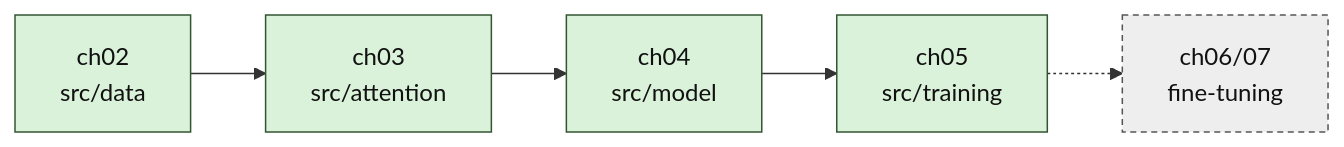
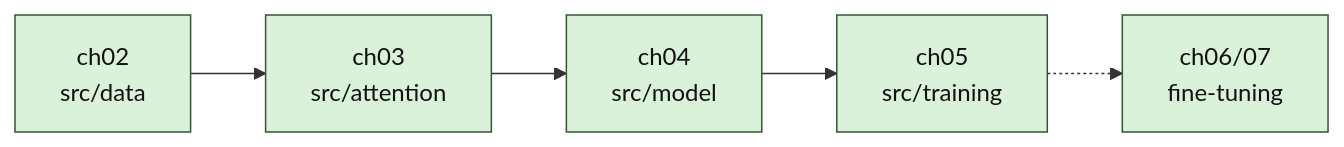
One commit to AlanHoff5/Asphal-LLM changed the diagram in sprints/README.md. Above: the diagram before and after it, drawn with Mermaid. The commit also changed other lines of this file, not shown here.

Commit message:
Atualização README de sprints

````diff
--- a/sprints/README.md
+++ b/sprints/README.md
@@ -12,11 +12,10 @@
 ```mermaid
 flowchart LR
     A["ch02<br/>src/data"] --> B["ch03<br/>src/attention"]
     B --> C["ch04<br/>src/model"]
     C --> D["ch05<br/>src/training"]
     D -.-> E["ch06/07<br/>fine-tuning"]
     classDef ok fill:#d9f2d9,stroke:#353,color:#111
     classDef pend fill:#eeeeee,stroke:#555,color:#111,stroke-dasharray: 4 3
-    class A,B,C,D ok
-    class E pend
+    class A,B,C,D,E ok
 ```
````
